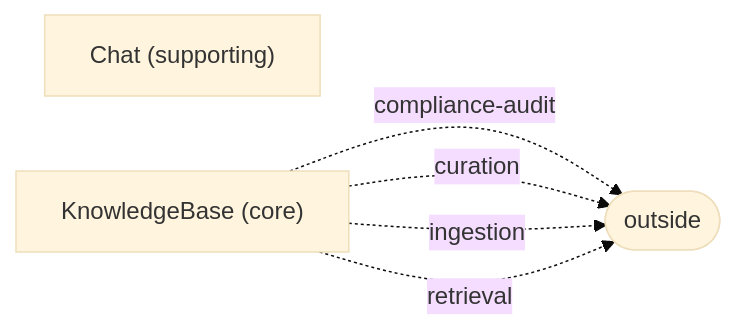
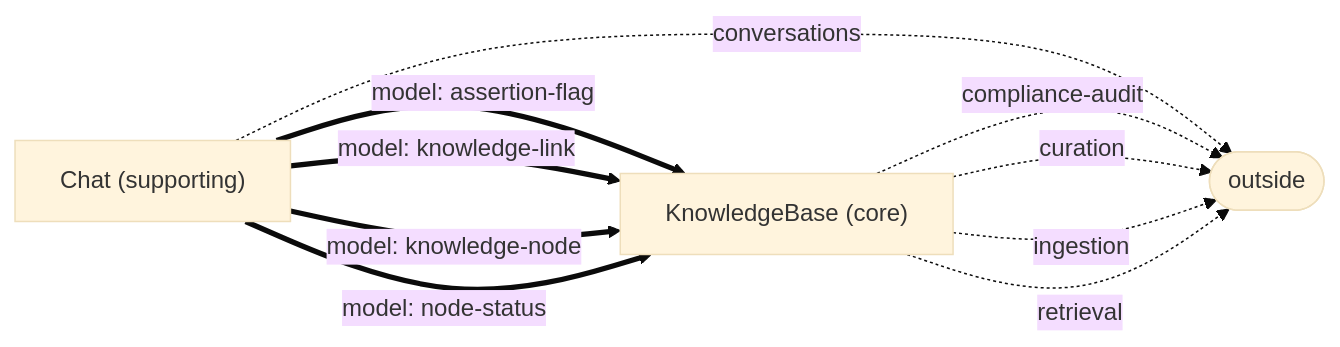
One commit to zig999/remember changed the diagram in specification/projections/context-map.mmd. Above: the diagram before and after it, drawn with Mermaid (base theme). The commit also changed 104 other files, not shown here.

```diff
--- a/specification/projections/context-map.mmd
+++ b/specification/projections/context-map.mmd
@@ -1,9 +1,13 @@
 flowchart LR
     chat["Chat (supporting)"]
     knowledge_base["KnowledgeBase (core)"]
+    chat ==>|model: assertion-flag| knowledge_base
+    chat ==>|model: knowledge-link| knowledge_base
+    chat ==>|model: knowledge-node| knowledge_base
+    chat ==>|model: node-status| knowledge_base
     outside(["outside"])
+    chat -.->|conversations| outside
     knowledge_base -.->|compliance-audit| outside
     knowledge_base -.->|curation| outside
     knowledge_base -.->|ingestion| outside
     knowledge_base -.->|retrieval| outside
-    %% separate ways: chat and knowledge-base share no contract and no model
```
